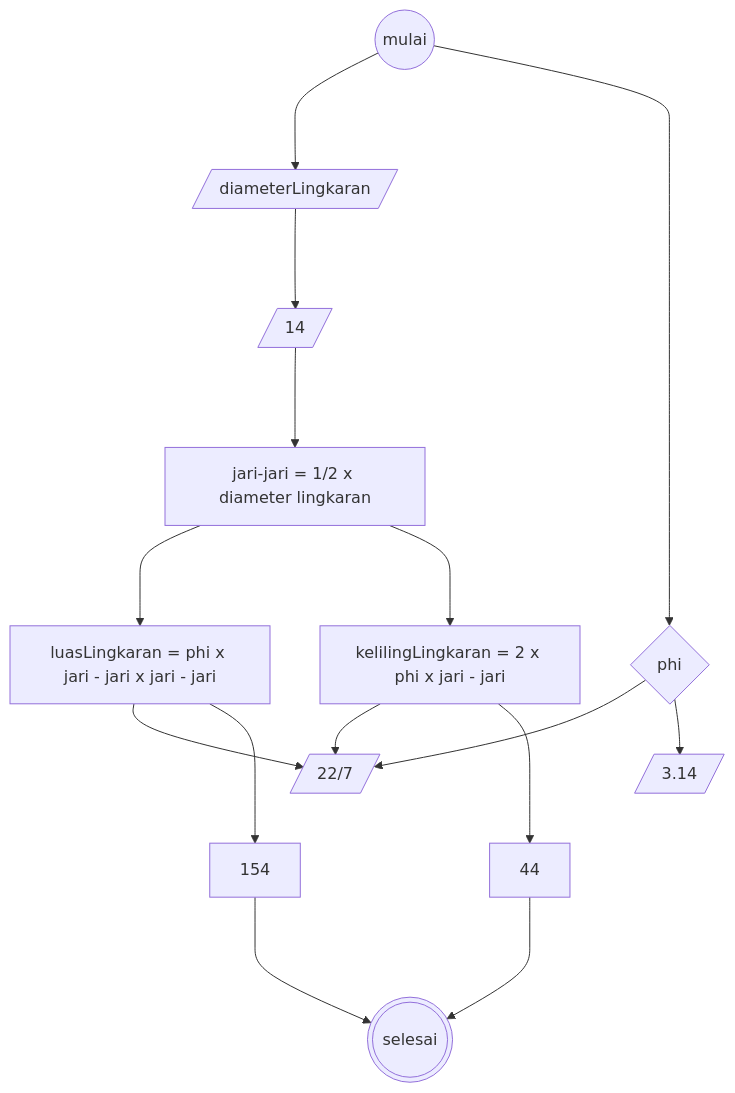
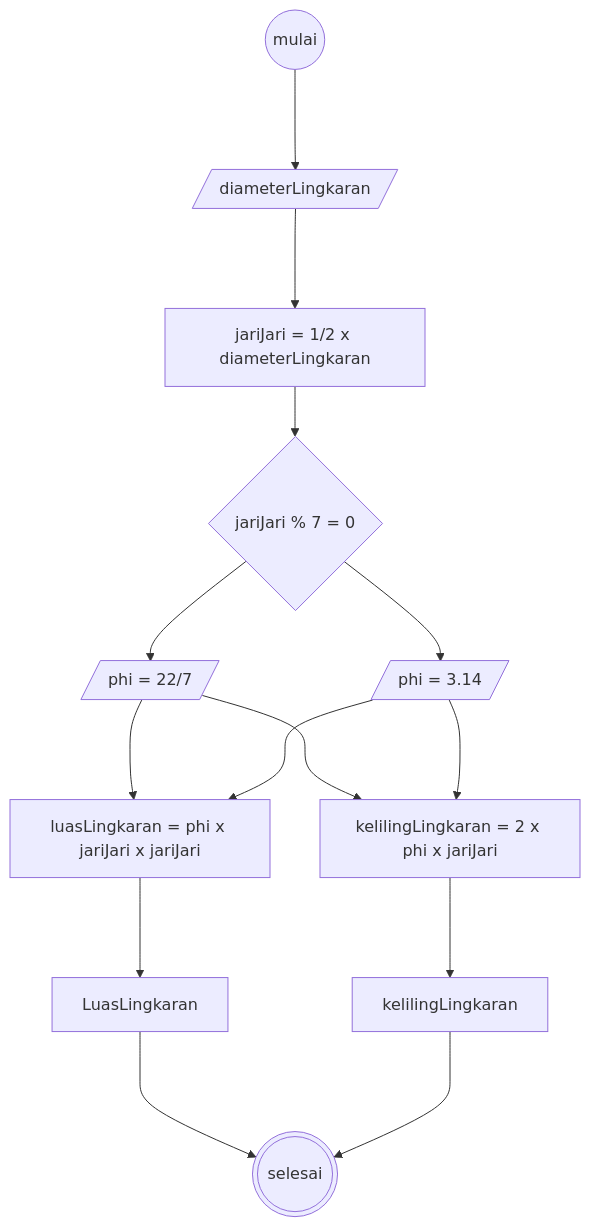
The diagram in minitask5.md (VirgilIw/koda-b4-algoritma), drawn with Mermaid before and after one commit.

````diff
--- a/minitask5.md
+++ b/minitask5.md
@@ -1,23 +1,24 @@
 ```mermaid
 flowchart TB
 circle((mulai)) --->data[/diameterLingkaran/]
-data--->output[/14/]
-
-circle --> phi{phi}
-phi --> phi1[/22/7/]
-phi --> phi2[/3.14/]
 
 
-output---> jari[jari-jari = 1/2 x diameter lingkaran]
-jari --->luas[luasLingkaran = phi x jari - jari x jari - jari]
+jari --> phi{jariJari % 7 = 0}
+phi --> phi1[/phi = 22/7/]
+phi --> phi2[/phi = 3.14/]
 
-jari --->keliling[kelilingLingkaran = 2 x phi x jari - jari]
 
-keliling --> phi1
-luas --> phi1
-luas ---> hasil1[154]
-keliling---> hasil2[44]
+data---> jari[jariJari = 1/2 x diameterLingkaran]
+phi1 --->luas[luasLingkaran = phi x jari - jari x jari - jari]
+
+phi1 --->keliling[kelilingLingkaran = 2 x phi x jari - jari]
+phi2 --->luas[luasLingkaran = phi x jariJari x jariJari]
+
+phi2 --->keliling[kelilingLingkaran = 2 x phi x jariJari]
+
+luas ---> hasil1[LuasLingkaran]
+keliling---> hasil2[kelilingLingkaran]
 
 hasil1---> selesai(((selesai)))
 hasil2---> selesai(((selesai)))
 ```
````
